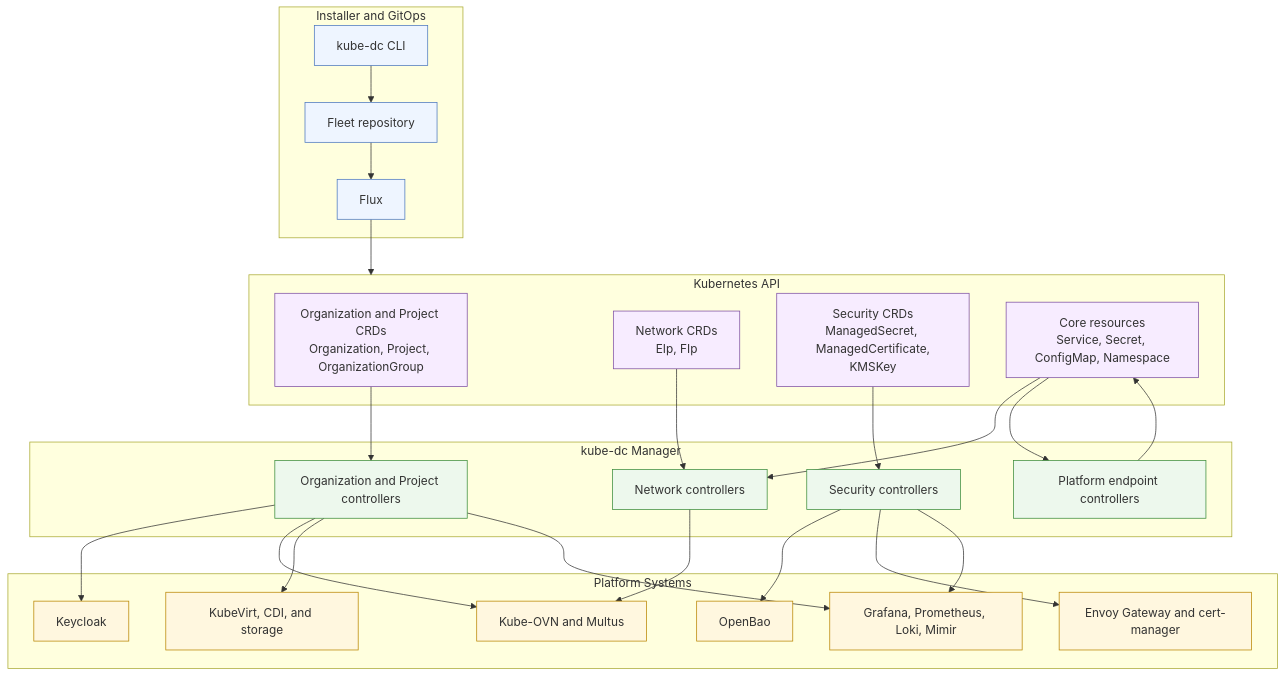
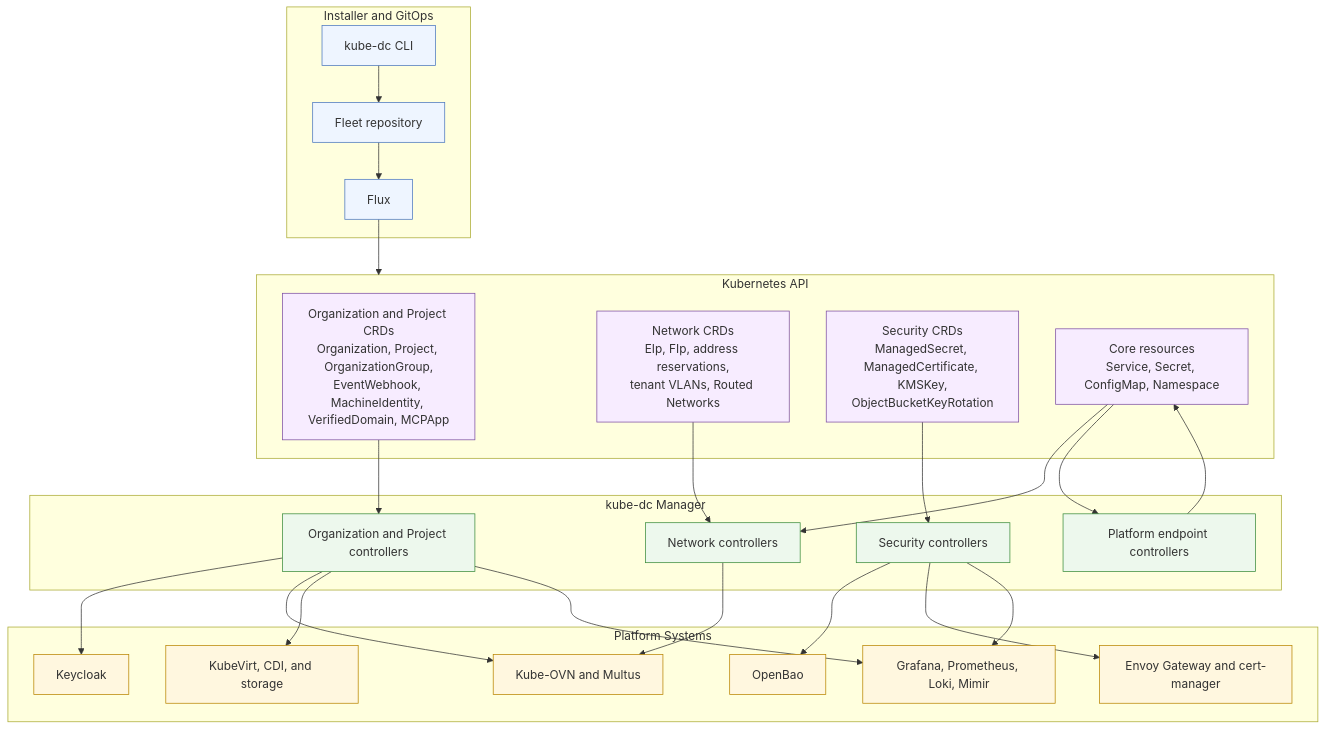
The first of 5 diagrams in docs/platform/controller-diagram.md (kube-dc/kube-dc-public), drawn with Mermaid before and after one commit. The commit also changed other lines of this file and 76 other files, not shown here.

````diff
--- a/docs/platform/controller-diagram.md
+++ b/docs/platform/controller-diagram.md
@@ -21,62 +21,62 @@
 ```mermaid
 flowchart TB
   accTitle: Kube-DC controller topology
   accDescr: The CLI and Fleet supply desired state to platform controllers, which reconcile Projects and shared platform resources through Kubernetes APIs.
   subgraph GitOps["Installer and GitOps"]
     CLI["kube-dc CLI"]
     Fleet["Fleet repository"]
     Flux["Flux"]
   end
 
   subgraph API["Kubernetes API"]
-    ProductCRDs["Organization and Project CRDs<br/>Organization, Project, OrganizationGroup"]
-    NetworkCRDs["Network CRDs<br/>EIp, FIp"]
-    SecurityCRDs["Security CRDs<br/>ManagedSecret, ManagedCertificate,<br/>KMSKey"]
+    ProductCRDs["Organization and Project CRDs<br/>Organization, Project, OrganizationGroup,<br/>EventWebhook, MachineIdentity, VerifiedDomain, MCPApp"]
+    NetworkCRDs["Network CRDs<br/>EIp, FIp, address reservations,<br/>tenant VLANs, Routed Networks"]
+    SecurityCRDs["Security CRDs<br/>ManagedSecret, ManagedCertificate, KMSKey,<br/>ObjectBucketKeyRotation"]
     CoreResources["Core resources<br/>Service, Secret, ConfigMap, Namespace"]
   end
 
   subgraph Manager["kube-dc Manager"]
     ProductControllers["Organization and Project controllers"]
     NetworkControllers["Network controllers"]
     SecurityControllers["Security controllers"]
     EndpointControllers["Platform endpoint controllers"]
   end
 
   subgraph Platform["Platform Systems"]
     Keycloak["Keycloak"]
     OpenBao["OpenBao"]
     KubeOVN["Kube-OVN and Multus"]
     KubeVirt["KubeVirt, CDI, and storage"]
     Gateway["Envoy Gateway and cert-manager"]
     Observability["Grafana, Prometheus, Loki, Mimir"]
   end
 
   CLI --> Fleet --> Flux --> API
   ProductCRDs --> ProductControllers
   NetworkCRDs --> NetworkControllers
   SecurityCRDs --> SecurityControllers
   CoreResources --> NetworkControllers
   CoreResources --> EndpointControllers
 
   ProductControllers --> Keycloak
   ProductControllers --> KubeOVN
   ProductControllers --> KubeVirt
   ProductControllers --> Observability
 
   NetworkControllers --> KubeOVN
   EndpointControllers --> CoreResources
 
   SecurityControllers --> OpenBao
   SecurityControllers --> Gateway
   SecurityControllers --> Observability
 
   classDef input fill:#eef5ff,stroke:#4b77be,stroke-width:1px;
   classDef manager fill:#edf8ed,stroke:#3b8c3b,stroke-width:1px;
   classDef platform fill:#fff7df,stroke:#b98500,stroke-width:1px;
   classDef api fill:#f7ecff,stroke:#7d4fa3,stroke-width:1px;
 
   class CLI,Fleet,Flux input;
   class ProductCRDs,NetworkCRDs,SecurityCRDs,CoreResources api;
   class ProductControllers,NetworkControllers,SecurityControllers,EndpointControllers manager;
   class Keycloak,OpenBao,KubeOVN,KubeVirt,Gateway,Observability platform;
 ```
````
